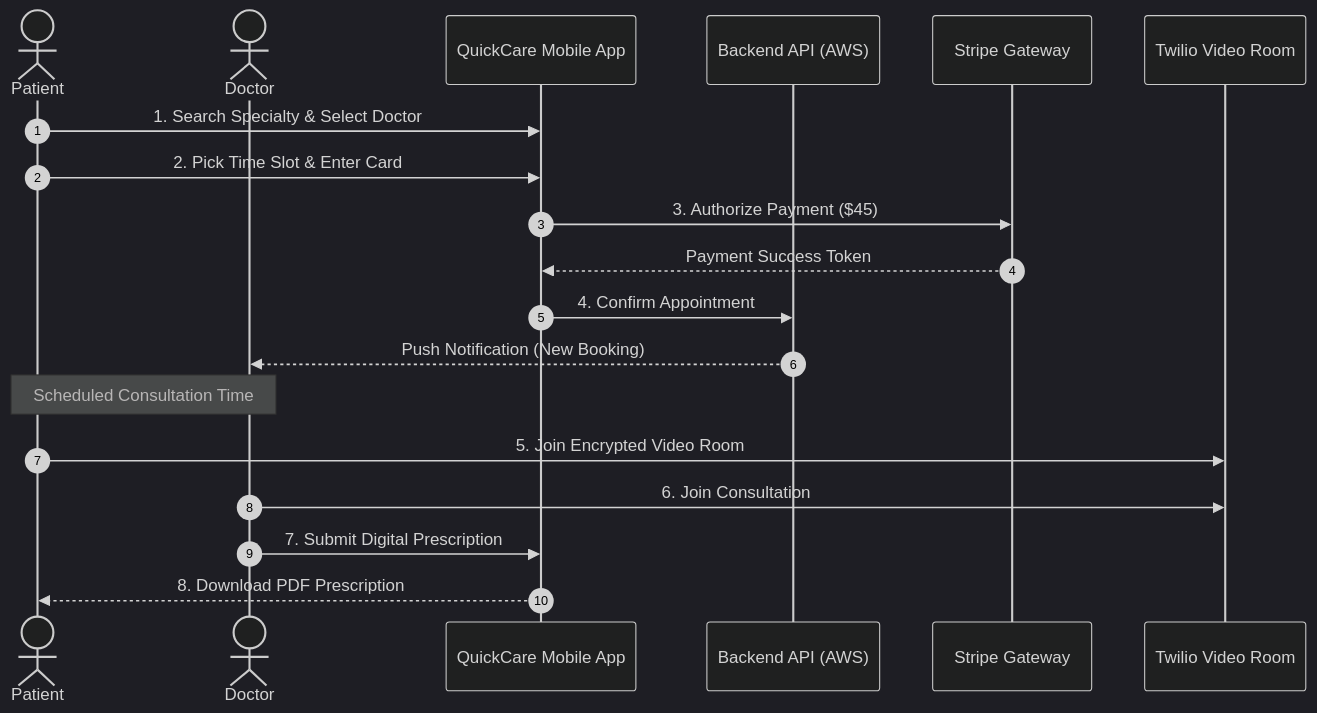
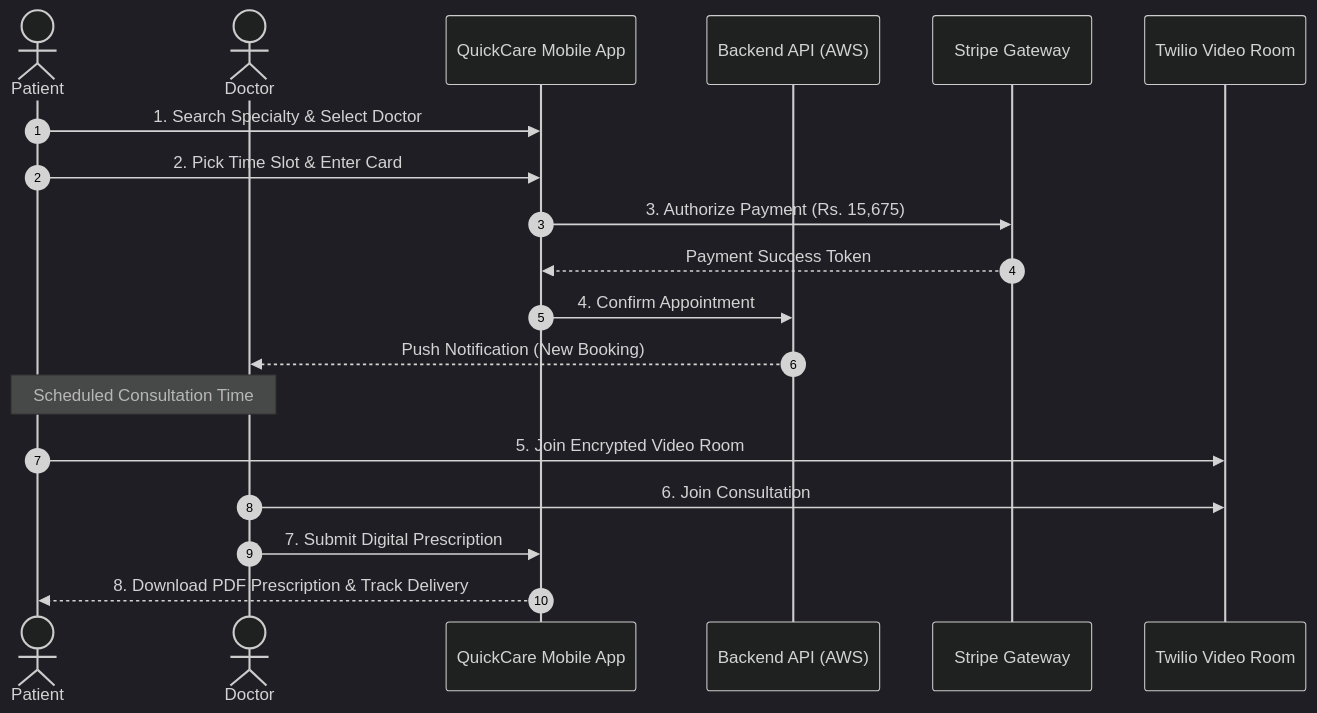
The diagram in README.md (Numesh20/quickcare-telehealth), drawn with Mermaid (dark theme) before and after one commit. The commit also changed other lines of this file and 10 other files, not shown here.

````diff
--- a/README.md
+++ b/README.md
@@ -50,23 +50,23 @@
 ```mermaid
 sequenceDiagram
     autonumber
     actor Patient
     actor Doctor
     participant App as QuickCare Mobile App
     participant Server as Backend API (AWS)
     participant Stripe as Stripe Gateway
     participant Twilio as Twilio Video Room
 
     Patient->>App: 1. Search Specialty & Select Doctor
     Patient->>App: 2. Pick Time Slot & Enter Card
-    App->>Stripe: 3. Authorize Payment ($45)
+    App->>Stripe: 3. Authorize Payment (Rs. 15,675)
     Stripe-->>App: Payment Success Token
     App->>Server: 4. Confirm Appointment
     Server-->>Doctor: Push Notification (New Booking)
     
     Note over Patient,Doctor: Scheduled Consultation Time
     Patient->>Twilio: 5. Join Encrypted Video Room
     Doctor->>Twilio: 6. Join Consultation
     Doctor->>App: 7. Submit Digital Prescription
-    App-->>Patient: 8. Download PDF Prescription
+    App-->>Patient: 8. Download PDF Prescription & Track Delivery
 ```
````
